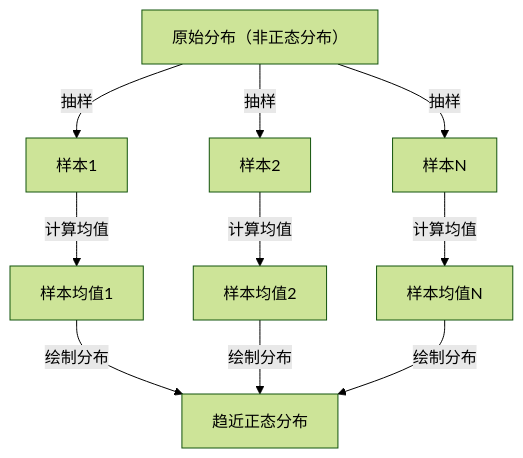
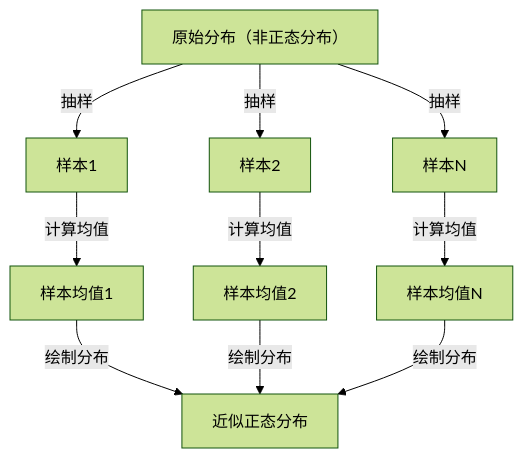
Before and after one commit to kenjinote/blog: the diagram in content/post/central-limit-theorem/index.zh-cn.md, drawn with Mermaid (forest theme). The commit also changed other lines of this file and 97 other files, not shown here.

````diff
--- a/content/post/central-limit-theorem/index.zh-cn.md
+++ b/content/post/central-limit-theorem/index.zh-cn.md
@@ -43,12 +43,12 @@
 ```mermaid
 graph TD
     A["原始分布（非正态分布）"] -->|"抽样"| B["样本1"]
     A -->|"抽样"| C["样本2"]
     A -->|"抽样"| D["样本N"]
     B -->|"计算均值"| E["样本均值1"]
     C -->|"计算均值"| F["样本均值2"]
     D -->|"计算均值"| G["样本均值N"]
-    E -->|"绘制分布"| H["趋近正态分布"]
+    E -->|"绘制分布"| H["近似正态分布"]
     F -->|"绘制分布"| H
     G -->|"绘制分布"| H
 ```
````
